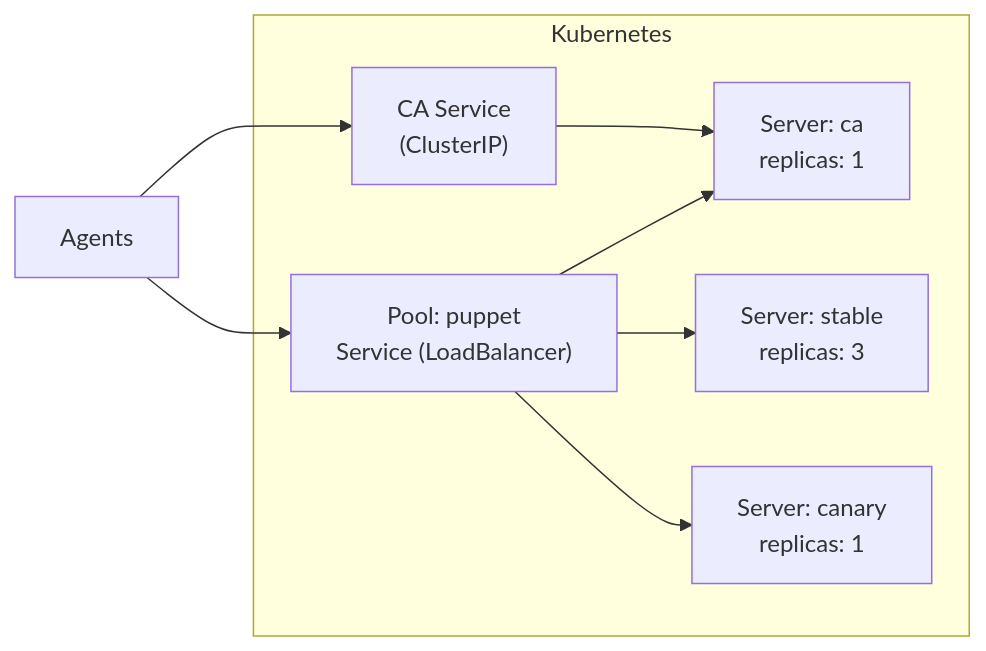
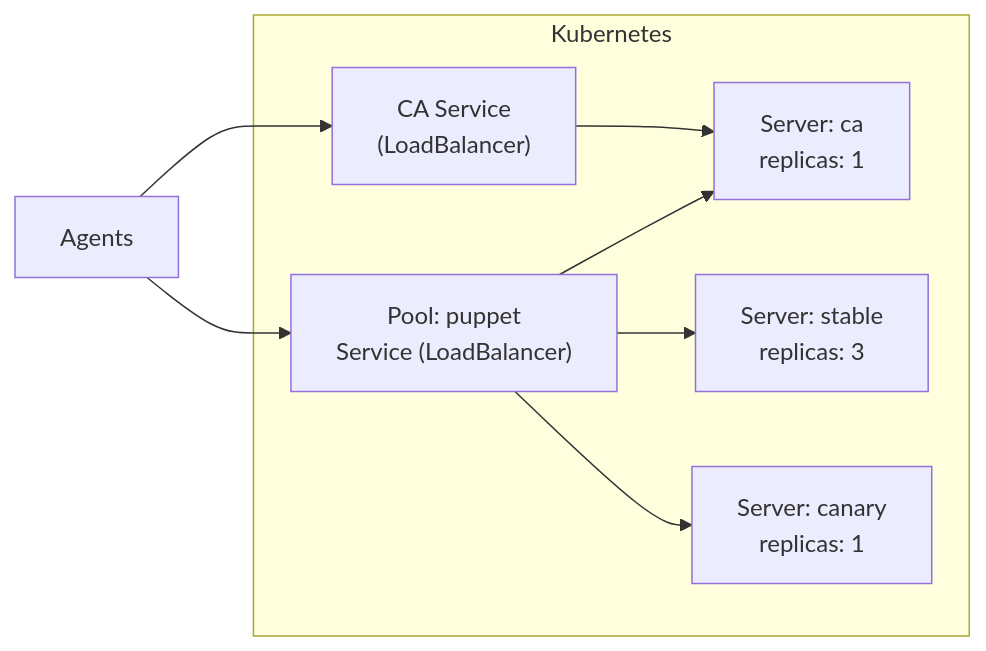
One commit to mathildabot/openvox-operator changed the second of 2 diagrams in docs/index.md. Above: the diagram before and after it, drawn with Mermaid. The commit also changed 1 other file, not shown here.

Commit message:
docs: fix CA service type - agents need external access

````diff
--- a/docs/index.md
+++ b/docs/index.md
@@ -50,16 +50,16 @@
 ```mermaid
 graph LR
     Agent["Agents"] --> LB
     Agent --> CA_SVC
 
     subgraph Kubernetes
         LB["Pool: puppet<br/>Service (LoadBalancer)"]
-        CA_SVC["CA Service<br/>(ClusterIP)"]
+        CA_SVC["CA Service<br/>(LoadBalancer)"]
 
         LB --> CA["Server: ca<br/>replicas: 1"]
         LB --> Stable["Server: stable<br/>replicas: 3"]
         LB --> Canary["Server: canary<br/>replicas: 1"]
 
         CA_SVC --> CA
     end
 ```
````
